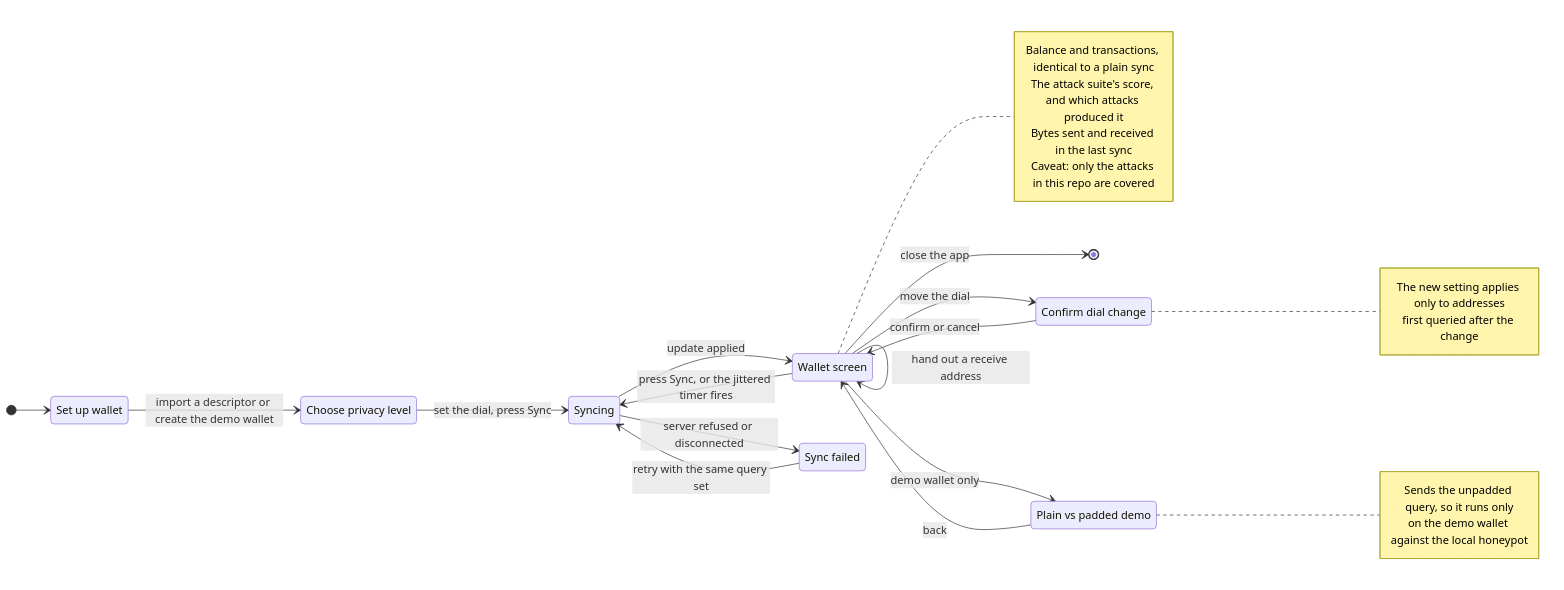
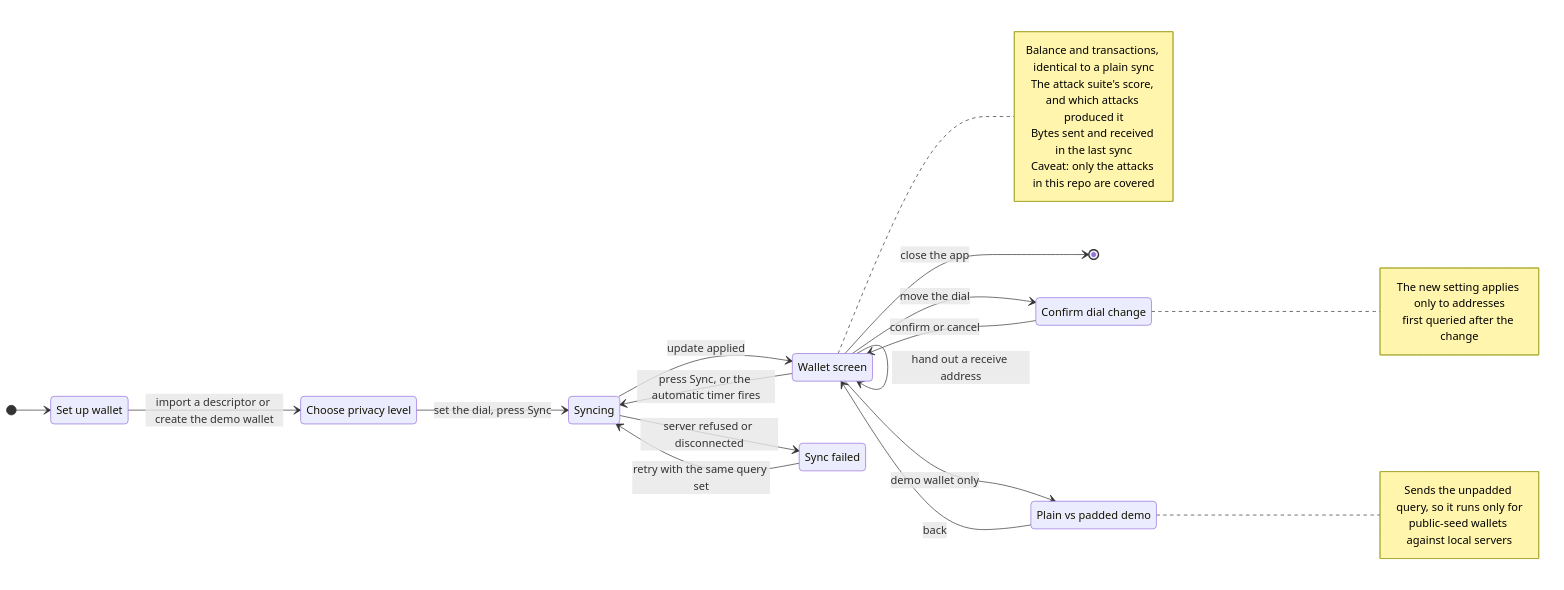
One commit to yogesh0509/Haystack changed the second of 4 diagrams in docs/02-design.md. Above: the diagram before and after it, drawn with Mermaid. The commit also changed other lines of this file and 52 other files, not shown here.

Commit message:
feat/added wallet demo and attack structure

````diff
--- a/docs/02-design.md
+++ b/docs/02-design.md
@@ -508,40 +521,40 @@
 ```mermaid
 stateDiagram-v2
     direction LR
     state "Set up wallet" as Setup
     state "Choose privacy level" as Choose
     state "Syncing" as Syncing
     state "Wallet screen" as Home
     state "Sync failed" as Failed
     state "Confirm dial change" as Confirm
     state "Plain vs padded demo" as Demo
 
     [*] --> Setup
     Setup --> Choose: import a descriptor or create the demo wallet
     Choose --> Syncing: set the dial, press Sync
     Syncing --> Home: update applied
     Syncing --> Failed: server refused or disconnected
     Failed --> Syncing: retry with the same query set
-    Home --> Syncing: press Sync, or the jittered timer fires
+    Home --> Syncing: press Sync, or the automatic timer fires
     Home --> Home: hand out a receive address
     Home --> Confirm: move the dial
     Confirm --> Home: confirm or cancel
     Home --> Demo: demo wallet only
     Demo --> Home: back
     Home --> [*]: close the app
 
     note right of Home
         Balance and transactions, identical to a plain sync
         The attack suite's score, and which attacks produced it
         Bytes sent and received in the last sync
         Caveat: only the attacks in this repo are covered
     end note
     note right of Confirm
         The new setting applies only to addresses
         first queried after the change
     end note
     note right of Demo
-        Sends the unpadded query, so it runs only
-        on the demo wallet against the local honeypot
+        Sends the unpadded query, so it runs only for
+        public-seed wallets against local servers
     end note
 ```
````
